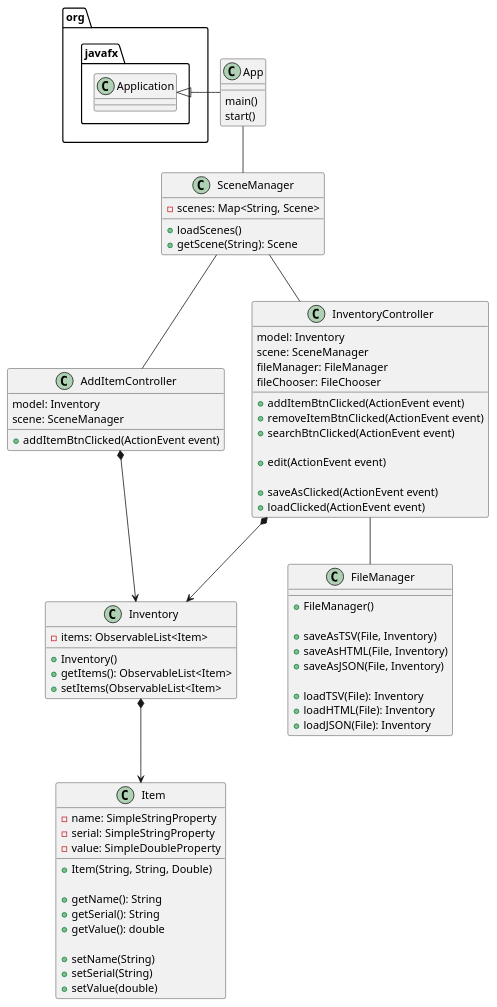
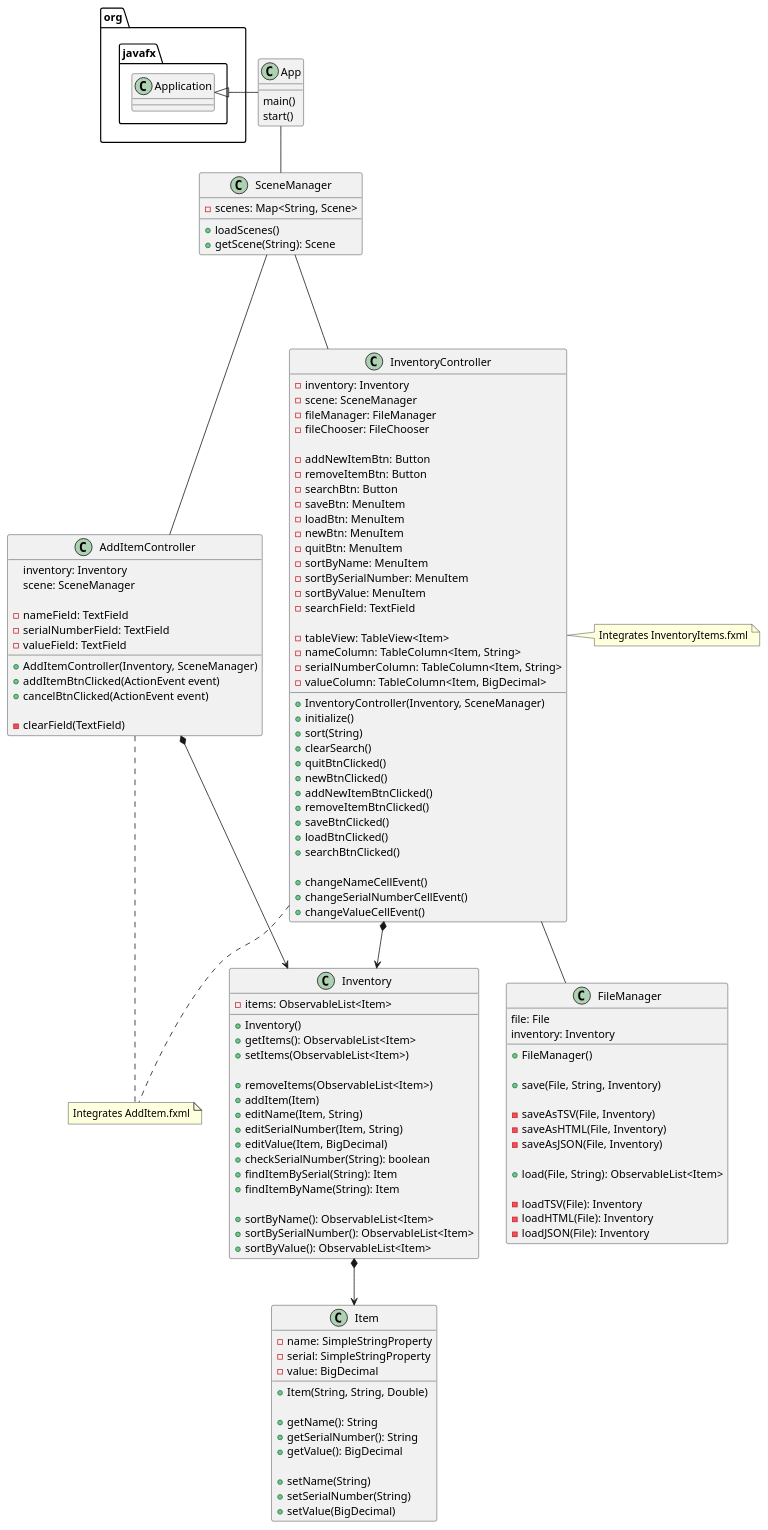
Before and after one commit to crewmate23/deegutla-4648-a5: the diagram in uml/InventoryItems.puml, drawn with PlantUML. The commit also changed 3 other files, not shown here.

```diff
--- a/uml/InventoryItems.puml
+++ b/uml/InventoryItems.puml
@@ -1,104 +1,164 @@
 @startuml
 'https://plantuml.com/class-diagram
 
 class App{
     main()
     start()
 }
 
 class SceneManager{
     -scenes: Map<String, Scene>
 
     +loadScenes()
     +getScene(String): Scene
 }
 
 class InventoryController{
-    model: Inventory
-    scene: SceneManager
-    fileManager: FileManager
-    fileChooser: FileChooser
+    'private instance variables
+    -inventory: Inventory
+    -scene: SceneManager
+    -fileManager: FileManager
+    -fileChooser: FileChooser
 
-    'add item btn
-    +addItemBtnClicked(ActionEvent event)
-    'remove item btn
-    +removeItemBtnClicked(ActionEvent event)
-    'search btn
-    +searchBtnClicked(ActionEvent event)
+    -addNewItemBtn: Button
+    -removeItemBtn: Button
+    -searchBtn: Button
+    -saveBtn: MenuItem
+    -loadBtn: MenuItem
+    -newBtn: MenuItem
+    -quitBtn: MenuItem
+    -sortByName: MenuItem
+    -sortBySerialNumber: MenuItem
+    -sortByValue: MenuItem
+    -searchField: TextField
 
-    'edit table
-    +edit(ActionEvent event)
+    -tableView: TableView<Item>
+    -nameColumn: TableColumn<Item, String>
+    -serialNumberColumn: TableColumn<Item, String>
+    -valueColumn: TableColumn<Item, BigDecimal>
 
-    'file manager functions
-    +saveAsClicked(ActionEvent event)
-    +loadClicked(ActionEvent event)
+    'constructor
+    +InventoryController(Inventory, SceneManager)
+    'methods
+    +initialize()
+    +sort(String)
+    +clearSearch()
+    'event handlers
+    +quitBtnClicked()
+    +newBtnClicked()
+    +addNewItemBtnClicked()
+    +removeItemBtnClicked()
+    +saveBtnClicked()
+    +loadBtnClicked()
+    +searchBtnClicked()
 
-
-
+    'table editing within cell methods
+    +changeNameCellEvent()
+    +changeSerialNumberCellEvent()
+    +changeValueCellEvent()
 }
 
 class AddItemController{
-    model: Inventory
+    inventory: Inventory
     scene: SceneManager
 
+    -nameField: TextField
+    -serialNumberField: TextField
+    -valueField: TextField
+
+    'constructor
+    +AddItemController(Inventory, SceneManager)
     'add item btn
     +addItemBtnClicked(ActionEvent event)
+    +cancelBtnClicked(ActionEvent event)
+
+    'helper
+    -clearField(TextField)
 }
 
 class Inventory{
     -items: ObservableList<Item>
 
     'constructor
     +Inventory()
     'getter
     +getItems(): ObservableList<Item>
     'setter
-    +setItems(ObservableList<Item>
+    +setItems(ObservableList<Item>)
+
+    'helpers
+    +removeItems(ObservableList<Item>)
+    +addItem(Item)
+    +editName(Item, String)
+    +editSerialNumber(Item, String)
+    +editValue(Item, BigDecimal)
+    +checkSerialNumber(String): boolean
+    +findItemBySerial(String): Item
+    +findItemByName(String): Item
+
+    'sort functions
+    +sortByName(): ObservableList<Item>
+    +sortBySerialNumber(): ObservableList<Item>
+    +sortByValue(): ObservableList<Item>
 
 }
 
 class Item{
     'private instance variables
     -name: SimpleStringProperty
     -serial: SimpleStringProperty
-    -value: SimpleDoubleProperty
+    -value: BigDecimal
 
     'constructor
     +Item(String, String, Double)
 
     'getters
     +getName(): String
-    +getSerial(): String
-    +getValue(): double
+    +getSerialNumber(): String
+    +getValue(): BigDecimal
 
     'setters
     +setName(String)
-    +setSerial(String)
-    +setValue(double)
+    +setSerialNumber(String)
+    +setValue(BigDecimal)
 }
 
 class FileManager{
+    file: File
+    inventory: Inventory
+
     'constructor
     +FileManager()
 
+    +save(File, String, Inventory)
+
     'save
-    +saveAsTSV(File, Inventory)
-    +saveAsHTML(File, Inventory)
-    +saveAsJSON(File, Inventory)
+    -saveAsTSV(File, Inventory)
+    -saveAsHTML(File, Inventory)
+    -saveAsJSON(File, Inventory)
+
+    +load(File, String): ObservableList<Item>
 
     'load
-    +loadTSV(File): Inventory
-    +loadHTML(File): Inventory
-    +loadJSON(File): Inventory
+    -loadTSV(File): Inventory
+    -loadHTML(File): Inventory
+    -loadJSON(File): Inventory
 }
 
 org.javafx.Application <|- App
 App -- SceneManager
-SceneManager -- InventoryController
+SceneManager --- InventoryController
 InventoryController -- FileManager
-SceneManager -- AddItemController
+SceneManager --- AddItemController
 InventoryController *-> Inventory
 AddItemController *--> Inventory
 Inventory *--> Item
 
+note "Integrates InventoryItems.fxml" as N1
+note "Integrates AddItem.fxml" as N2
+
+InventoryController . N1
+InventoryController .. N2
+AddItemController .. N2
+
 @enduml
```
